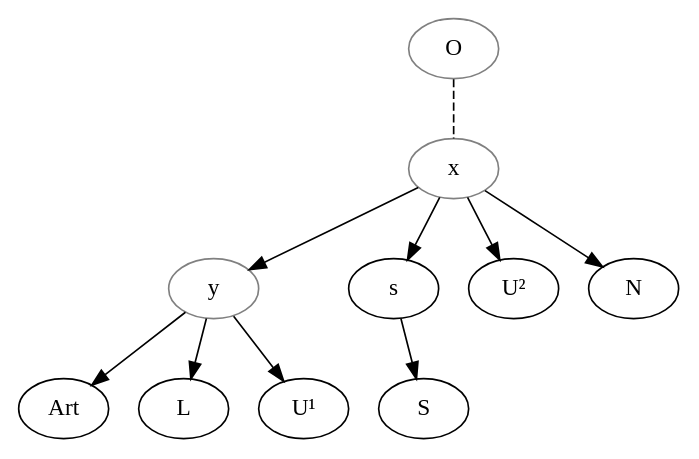
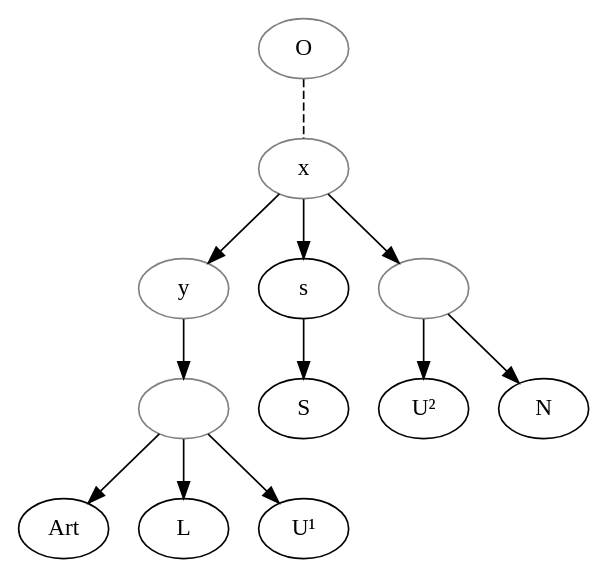
One commit to OpenStemmata/database changed the diagram in Anseys/graph.gv. Above: the diagram before and after it, drawn with Graphviz. The commit also changed 1 other file, not shown here.

```diff
--- a/Anseys/graph.gv
+++ b/Anseys/graph.gv
@@ -1,18 +1,22 @@
 digraph {
     O [color="grey"]
     x [color="grey"]
     y [color="grey"]
 
     O -> x[dir=none, style="dashed"];
     x -> y;
-    y -> Art;
-    y -> L;
-    y -> U¹;
+    y->empty1;
+    empty1 -> Art;
+    empty1 -> L;
+    empty1 -> U¹;
 
     x -> s ;
     s -> S ;
 
-    x -> U²;
-    x -> N;
+    x -> empty2;
+    empty2 -> U²;
+    empty2 -> N;
 
+    empty1[color="grey"; label=""]
+    empty2[color="grey"; label=""]
 }
```
